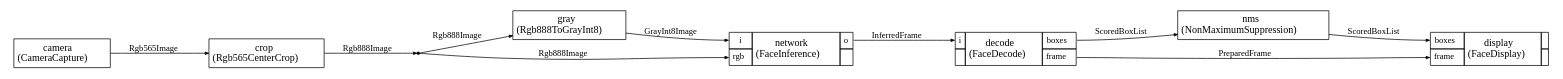
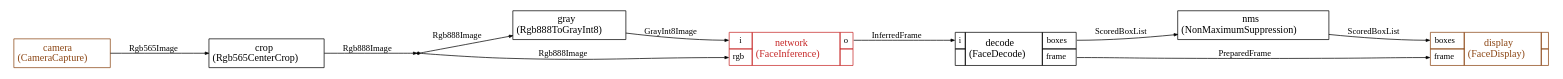
The diagram in projects/object_detection/generated/app.dot (christophe0606/EthosCatalog), drawn with Graphviz before and after one commit. The commit also changed 34 other files, not shown here.

Commit message:
Updated graph styling to distinguish different pte files

```diff
--- a/projects/object_detection/generated/app.dot
+++ b/projects/object_detection/generated/app.dot
@@ -1,136 +1,136 @@
 
 
 
 
 
 
 digraph structs {
     bgcolor = "white"
     node [shape=plaintext,color="black",fontcolor="black",fontname="Times-Roman"]
     rankdir=LR
     edge [arrowsize="0.5",color="black",fontcolor="black",fontname="Times-Roman"]
 
 
 camera [label=<
-<TABLE color="black" bgcolor="none" BORDER="0" CELLBORDER="1" CELLSPACING="0" CELLPADDING="4">
+<TABLE color="#8B4513" bgcolor="white" BORDER="0" CELLBORDER="1" CELLSPACING="0" CELLPADDING="4">
   <TR>
-    <TD ALIGN="CENTER" PORT="i"><FONT COLOR="black" POINT-SIZE="14.0">camera<BR/>(CameraCapture)</FONT></TD>
+    <TD ALIGN="CENTER" PORT="i"><FONT COLOR="#8B4513" POINT-SIZE="14.0">camera<BR/>(CameraCapture)</FONT></TD>
   </TR>
 </TABLE>>];
 
 crop [label=<
-<TABLE color="black" bgcolor="none" BORDER="0" CELLBORDER="1" CELLSPACING="0" CELLPADDING="4">
+<TABLE color="black" bgcolor="white" BORDER="0" CELLBORDER="1" CELLSPACING="0" CELLPADDING="4">
   <TR>
     <TD ALIGN="CENTER" PORT="i"><FONT COLOR="black" POINT-SIZE="14.0">crop<BR/>(Rgb565CenterCrop)</FONT></TD>
   </TR>
 </TABLE>>];
 
 
 decode [label=<
-<TABLE color="black" bgcolor="none" BORDER="0" CELLBORDER="1" CELLSPACING="0" CELLPADDING="4">
+<TABLE color="black" bgcolor="white" BORDER="0" CELLBORDER="1" CELLSPACING="0" CELLPADDING="4">
   <TR>
     <TD PORT="i"><FONT POINT-SIZE="12.0" COLOR="black">i</FONT></TD>
     <TD ALIGN="CENTER" ROWSPAN="2"><FONT COLOR="black" POINT-SIZE="14.0">decode<BR/>(FaceDecode)</FONT></TD>
     <TD PORT="boxes"><FONT POINT-SIZE="12.0" COLOR="black">boxes</FONT></TD>
   </TR>
 <TR>
 
 <TD></TD>
 <TD PORT="frame"><FONT POINT-SIZE="12.0" COLOR="black">frame</FONT></TD>
 </TR>
 
 </TABLE>>];
 
 
 display [label=<
-<TABLE color="black" bgcolor="none" BORDER="0" CELLBORDER="1" CELLSPACING="0" CELLPADDING="4">
+<TABLE color="#8B4513" bgcolor="white" BORDER="0" CELLBORDER="1" CELLSPACING="0" CELLPADDING="4">
   <TR>
     <TD PORT="boxes"><FONT POINT-SIZE="12.0" COLOR="black">boxes</FONT></TD>
-    <TD ALIGN="CENTER" ROWSPAN="2"><FONT COLOR="black" POINT-SIZE="14.0">display<BR/>(FaceDisplay)</FONT></TD>
+    <TD ALIGN="CENTER" ROWSPAN="2"><FONT COLOR="#8B4513" POINT-SIZE="14.0">display<BR/>(FaceDisplay)</FONT></TD>
     <TD></TD>
   </TR>
 <TR>
 <TD PORT="frame"><FONT POINT-SIZE="12.0" COLOR="black">frame</FONT></TD>
 
 
 <TD></TD></TR>
 
 </TABLE>>];
 
 dup0 [shape=point,label="dup0"]
 
 gray [label=<
-<TABLE color="black" bgcolor="none" BORDER="0" CELLBORDER="1" CELLSPACING="0" CELLPADDING="4">
+<TABLE color="black" bgcolor="white" BORDER="0" CELLBORDER="1" CELLSPACING="0" CELLPADDING="4">
   <TR>
     <TD ALIGN="CENTER" PORT="i"><FONT COLOR="black" POINT-SIZE="14.0">gray<BR/>(Rgb888ToGrayInt8)</FONT></TD>
   </TR>
 </TABLE>>];
 
 
 network [label=<
-<TABLE color="black" bgcolor="none" BORDER="0" CELLBORDER="1" CELLSPACING="0" CELLPADDING="4">
+<TABLE color="#C62828" bgcolor="white" BORDER="0" CELLBORDER="1" CELLSPACING="0" CELLPADDING="4">
   <TR>
     <TD PORT="i"><FONT POINT-SIZE="12.0" COLOR="black">i</FONT></TD>
-    <TD ALIGN="CENTER" ROWSPAN="2"><FONT COLOR="black" POINT-SIZE="14.0">network<BR/>(FaceInference)</FONT></TD>
+    <TD ALIGN="CENTER" ROWSPAN="2"><FONT COLOR="#C62828" POINT-SIZE="14.0">network<BR/>(FaceInference)</FONT></TD>
     <TD PORT="o"><FONT POINT-SIZE="12.0" COLOR="black">o</FONT></TD>
   </TR>
 <TR>
 <TD PORT="rgb"><FONT POINT-SIZE="12.0" COLOR="black">rgb</FONT></TD>
 
 
 <TD></TD></TR>
 
 </TABLE>>];
 
 nms [label=<
-<TABLE color="black" bgcolor="none" BORDER="0" CELLBORDER="1" CELLSPACING="0" CELLPADDING="4">
+<TABLE color="black" bgcolor="white" BORDER="0" CELLBORDER="1" CELLSPACING="0" CELLPADDING="4">
   <TR>
     <TD ALIGN="CENTER" PORT="i"><FONT COLOR="black" POINT-SIZE="14.0">nms<BR/>(NonMaximumSuppression)</FONT></TD>
   </TR>
 </TABLE>>];
 
 
 
 camera:i -> crop:i [style="solid",color="black",fontsize="12.0",fontcolor="black",label=<Rgb565Image>
 
 ]
 
 gray:i -> network:i [style="solid",color="black",fontsize="12.0",fontcolor="black",label=<GrayInt8Image>
 
 ]
 
 network:o -> decode:i [style="solid",color="black",fontsize="12.0",fontcolor="black",label=<InferredFrame>
 
 ]
 
 decode:boxes -> nms:i [style="solid",color="black",fontsize="12.0",fontcolor="black",label=<ScoredBoxList>
 
 ]
 
 decode:frame -> display:frame [style="solid",color="black",fontsize="12.0",fontcolor="black",label=<PreparedFrame>
 
 ]
 
 nms:i -> display:boxes [style="solid",color="black",fontsize="12.0",fontcolor="black",label=<ScoredBoxList>
 
 ]
 
 crop:i ->
 dup0 [style="solid",color="black",fontsize="12.0",fontcolor="black",label=<Rgb888Image>
 
 ]
 
 
 dup0 -> gray:i [style="solid",color="black",fontsize="12.0",fontcolor="black",label=<Rgb888Image>
 
 ]
 
 
 dup0 -> network:rgb [style="solid",color="black",fontsize="12.0",fontcolor="black",label=<Rgb888Image>
 
 ]
 
 
 
 
 }
```
